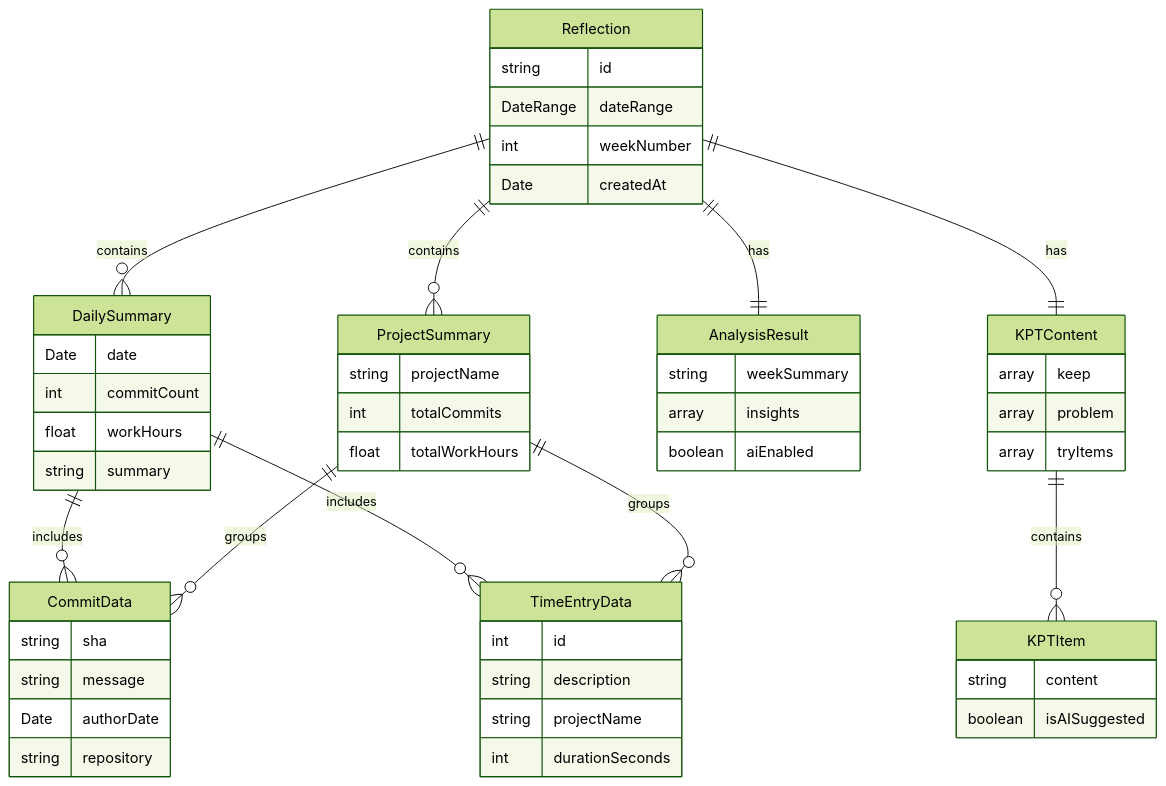
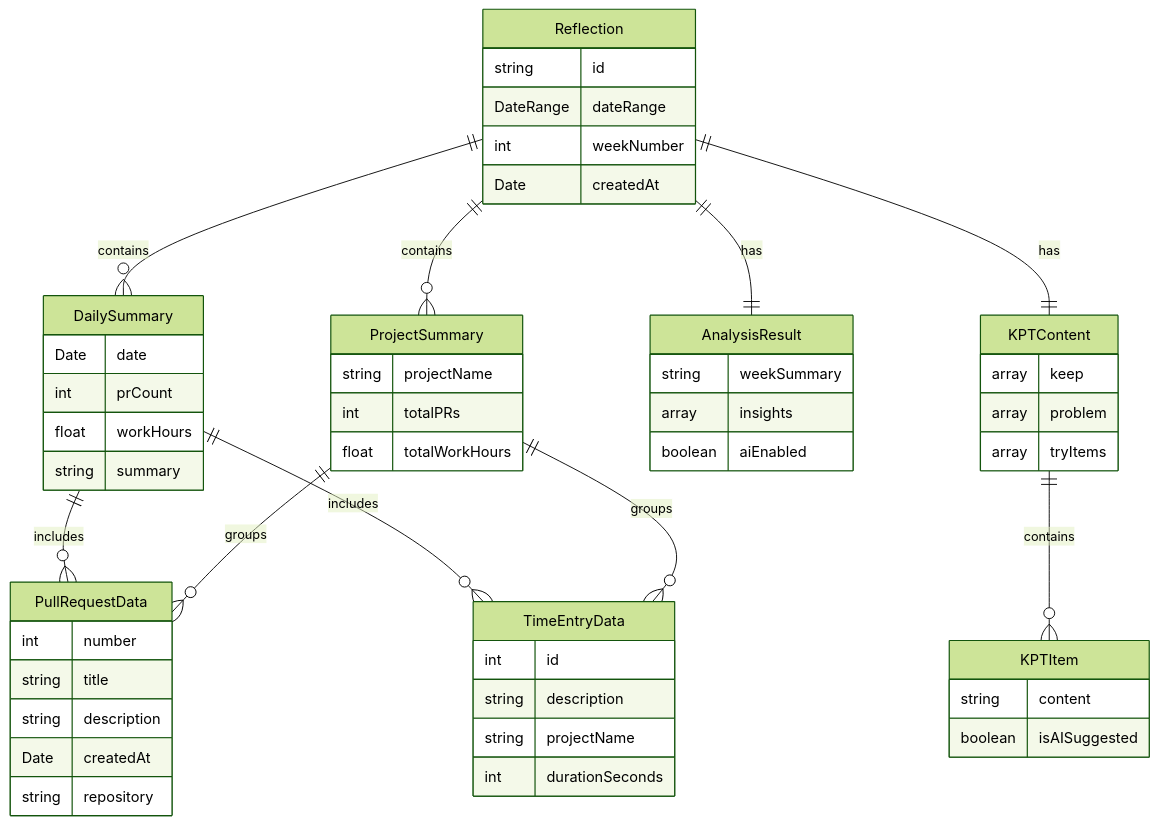
One commit to machamp0714/reflection-weekly changed the fifth of 5 diagrams in .kiro/specs/weekly-reflection-system/design.md. Above: the diagram before and after it, drawn with Mermaid (forest theme). The commit also changed other lines of this file and 13 other files, not shown here.

````diff
--- a/.kiro/specs/weekly-reflection-system/design.md
+++ b/.kiro/specs/weekly-reflection-system/design.md
@@ -1219,66 +1218,67 @@
 ```mermaid
 erDiagram
     Reflection ||--o{ DailySummary : contains
     Reflection ||--o{ ProjectSummary : contains
     Reflection ||--|| AnalysisResult : has
     Reflection ||--|| KPTContent : has
 
-    DailySummary ||--o{ CommitData : includes
+    DailySummary ||--o{ PullRequestData : includes
     DailySummary ||--o{ TimeEntryData : includes
 
-    ProjectSummary ||--o{ CommitData : groups
+    ProjectSummary ||--o{ PullRequestData : groups
     ProjectSummary ||--o{ TimeEntryData : groups
 
     KPTContent ||--o{ KPTItem : contains
 
     Reflection {
         string id
         DateRange dateRange
         int weekNumber
         Date createdAt
     }
 
     DailySummary {
         Date date
-        int commitCount
+        int prCount
         float workHours
         string summary
     }
 
     ProjectSummary {
         string projectName
-        int totalCommits
+        int totalPRs
         float totalWorkHours
     }
 
     AnalysisResult {
         string weekSummary
         array insights
         boolean aiEnabled
     }
 
     KPTContent {
         array keep
         array problem
         array tryItems
     }
 
     KPTItem {
         string content
         boolean isAISuggested
     }
 
-    CommitData {
-        string sha
-        string message
-        Date authorDate
+    PullRequestData {
+        int number
+        string title
+        string description
+        Date createdAt
         string repository
     }
 
     TimeEntryData {
         int id
         string description
         string projectName
         int durationSeconds
     }
 ```
````
